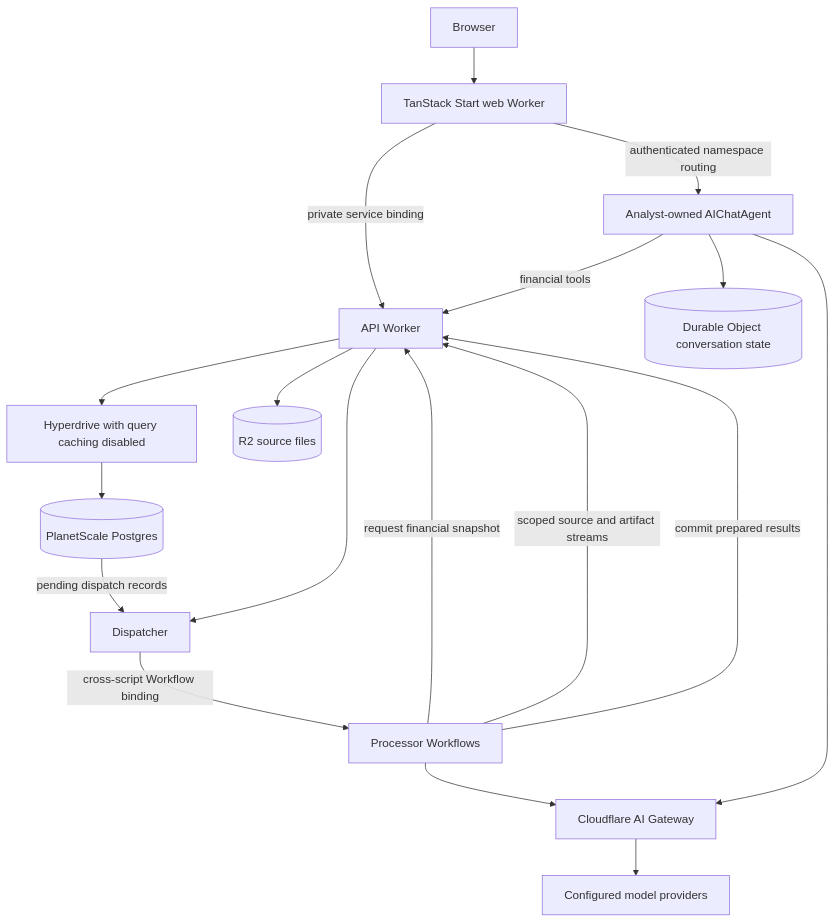
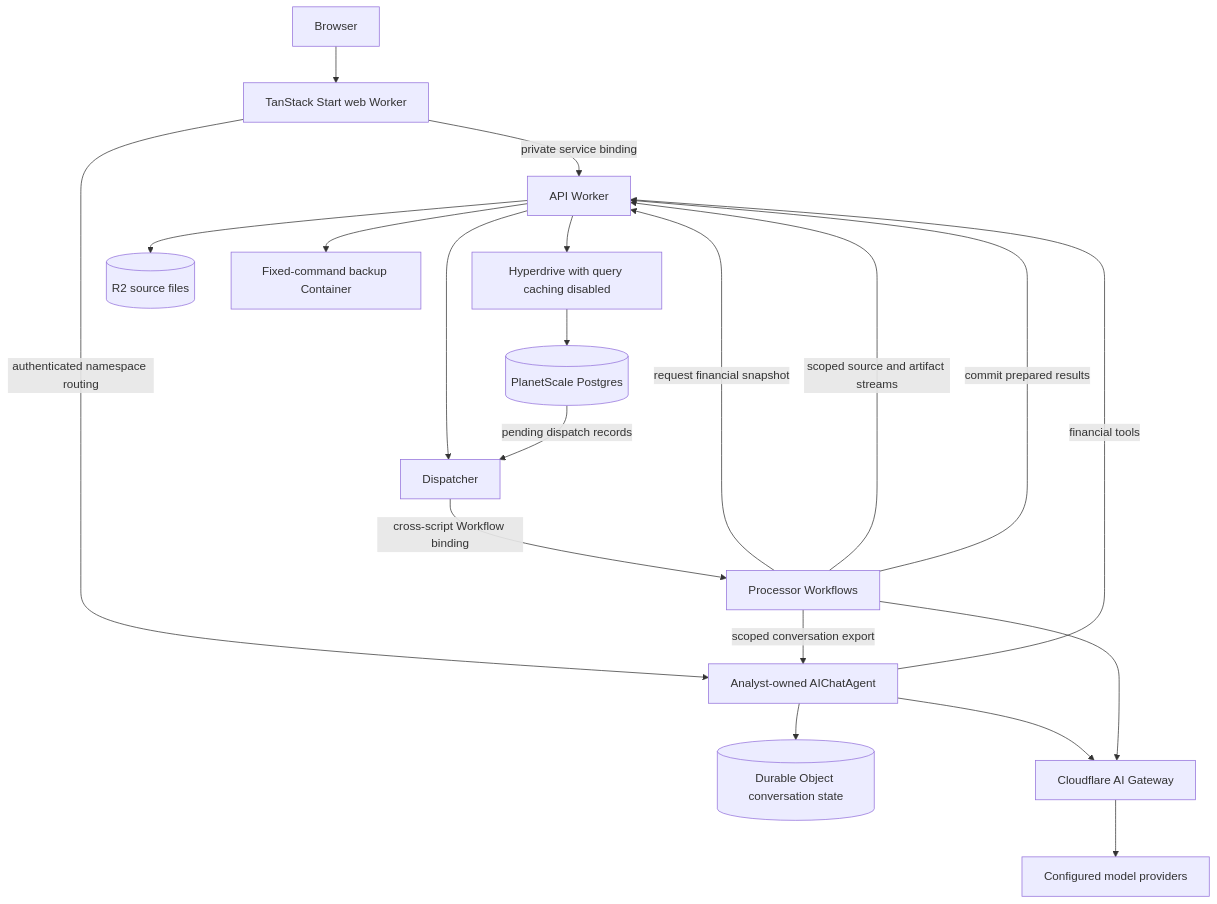
One commit to AdiRishi/ironcage changed the diagram in docs/technical/architecture.mdx. Above: the diagram before and after it, drawn with Mermaid. The commit also changed other lines of this file and 20 other files, not shown here.

````diff
--- a/docs/technical/architecture.mdx
+++ b/docs/technical/architecture.mdx
@@ -14,20 +14,22 @@
 ```mermaid
 flowchart TD
     User[Browser] --> Web[TanStack Start web Worker]
     Web -->|private service binding| API[API Worker]
     Web -->|authenticated namespace routing| Analyst[Analyst-owned AIChatAgent]
     API --> Hyperdrive[Hyperdrive with query caching disabled]
     Hyperdrive --> DB[(PlanetScale Postgres)]
     API --> Sources[(R2 source files)]
     API --> Dispatcher[Dispatcher]
     DB -->|pending dispatch records| Dispatcher
     Dispatcher -->|cross-script Workflow binding| Jobs[Processor Workflows]
     Jobs -->|request financial snapshot| API
     Jobs -->|scoped source and artifact streams| API
     Jobs -->|commit prepared results| API
     Analyst -->|financial tools| API
     Analyst --> Conversations[(Durable Object conversation state)]
     Analyst --> Gateway[Cloudflare AI Gateway]
+    Jobs -->|scoped conversation export| Analyst
+    API --> Maintenance[Fixed-command backup Container]
     Jobs --> Gateway
     Gateway --> Models[Configured model providers]
 ```
````
